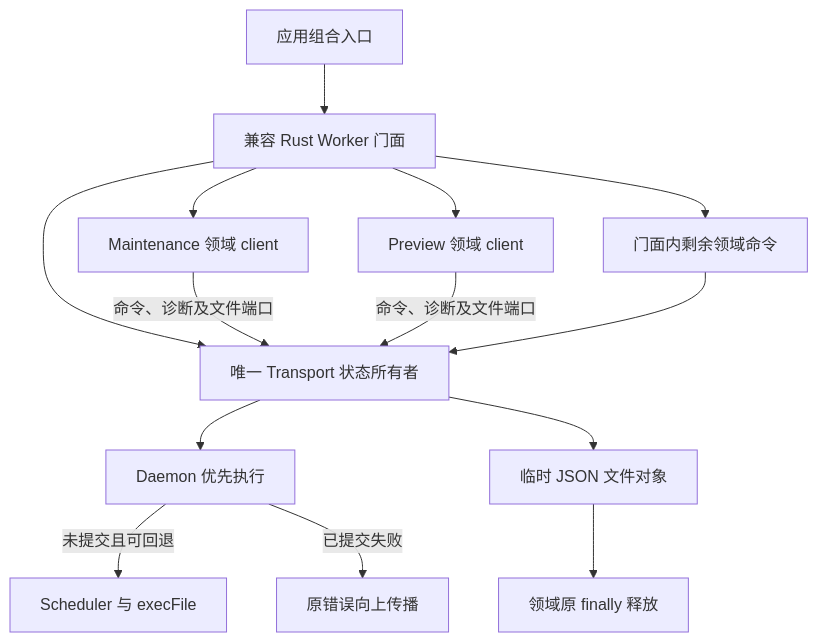
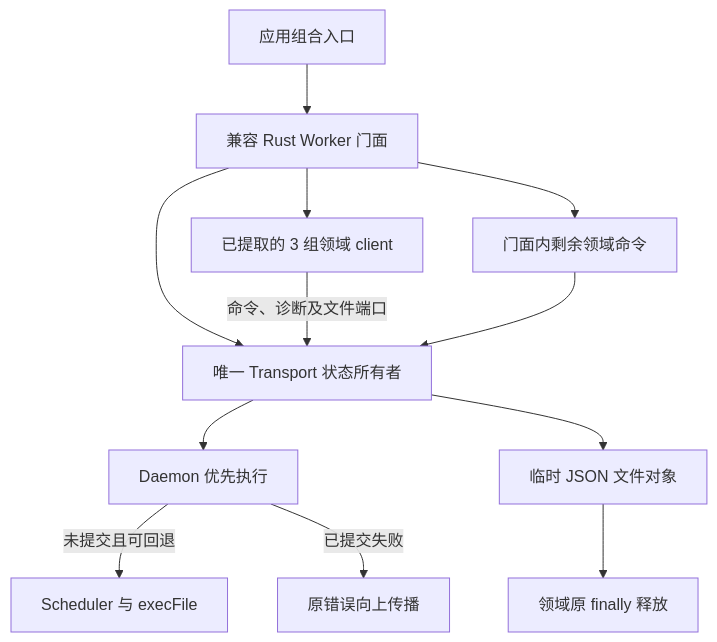
The diagram in docs/plans/HFM_STAGE_05_RUST_WORKER_TASKBOOK.md (uniquenesssta/99), drawn with Mermaid before and after one commit. The commit also changed other lines of this file and 5 other files, not shown here.

````diff
--- a/docs/plans/HFM_STAGE_05_RUST_WORKER_TASKBOOK.md
+++ b/docs/plans/HFM_STAGE_05_RUST_WORKER_TASKBOOK.md
@@ -98,16 +98,14 @@
 ```mermaid
 flowchart TD
   A["应用组合入口"] --> F["兼容 Rust Worker 门面"]
   F --> T["唯一 Transport 状态所有者"]
-  F --> C0["Maintenance 领域 client"]
-  C0 -->|"命令、诊断及文件端口"| T
-  F --> C1["Preview 领域 client"]
-  C1 -->|"命令、诊断及文件端口"| T
+  F --> C["已提取的 3 组领域 client"]
+  C -->|"命令、诊断及文件端口"| T
   F --> R["门面内剩余领域命令"]
   R --> T
   T --> D["Daemon 优先执行"]
   D -->|"未提交且可回退"| S["Scheduler 与 execFile"]
   D -->|"已提交失败"| E["原错误向上传播"]
   T --> J["临时 JSON 文件对象"]
   J --> L["领域原 finally 释放"]
 ```
````
